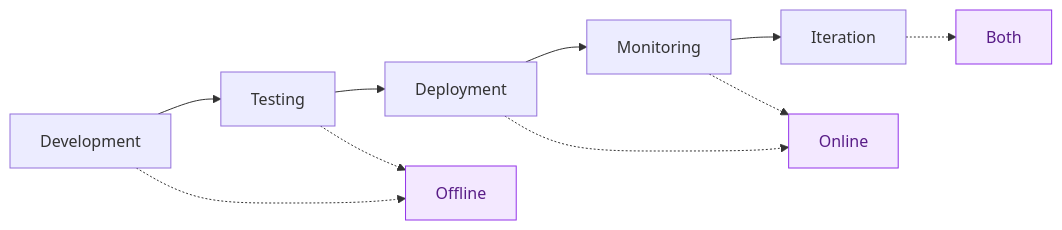
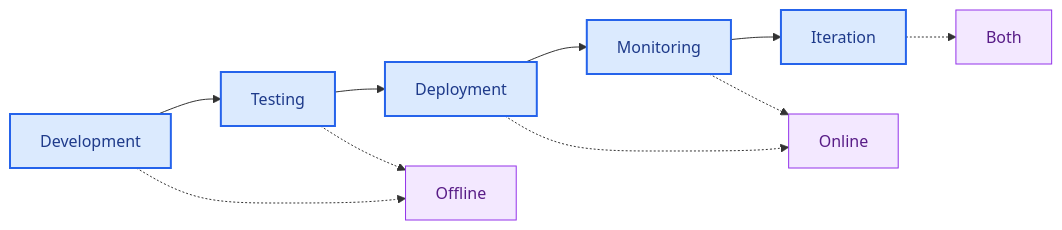
Before and after one commit to kunfan96/cndocs-langchain: the diagram in langsmith/evaluation-concepts.mdx, drawn with Mermaid. The commit also changed other lines of this file and 2611 other files, not shown here.

````diff
--- a/langsmith/evaluation-concepts.mdx
+++ b/langsmith/evaluation-concepts.mdx
@@ -48,17 +48,21 @@
 ```mermaid
 graph LR
     A[Development] --> B[Testing]
     B --> C[Deployment]
     C --> D[Monitoring]
     D --> E[Iteration]
 
     A -.-> F[Offline]
     B -.-> F
     C -.-> G[Online]
     D -.-> G
     E -.-> H[Both]
 
+    classDef process fill:#DBEAFE,stroke:#2563EB,stroke-width:2px,color:#1E3A8A
+
+    class A,B,C,D,E process
+
     style F fill:#F3E8FF,stroke:#9333EA,color:#581C87
     style G fill:#F3E8FF,stroke:#9333EA,color:#581C87
     style H fill:#F3E8FF,stroke:#9333EA,color:#581C87
 ```
````
